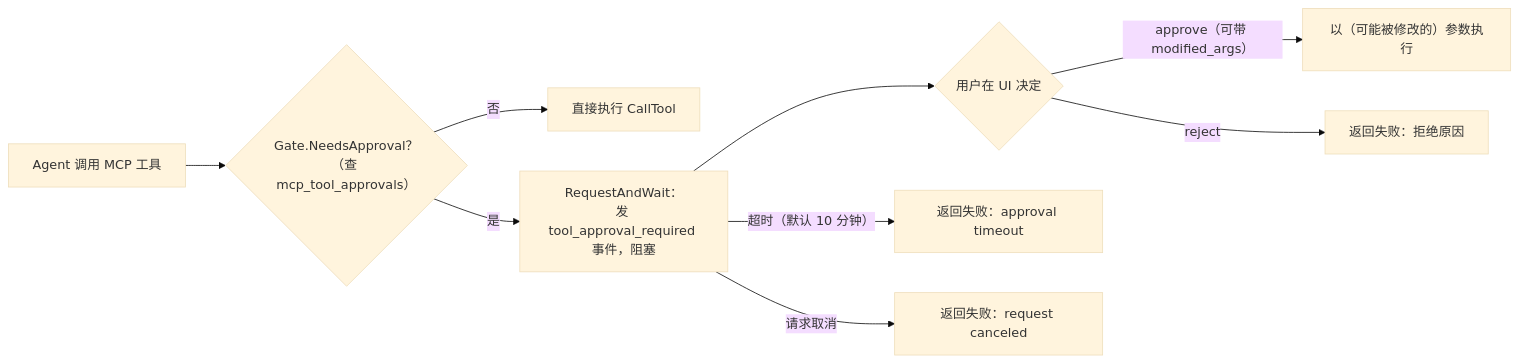
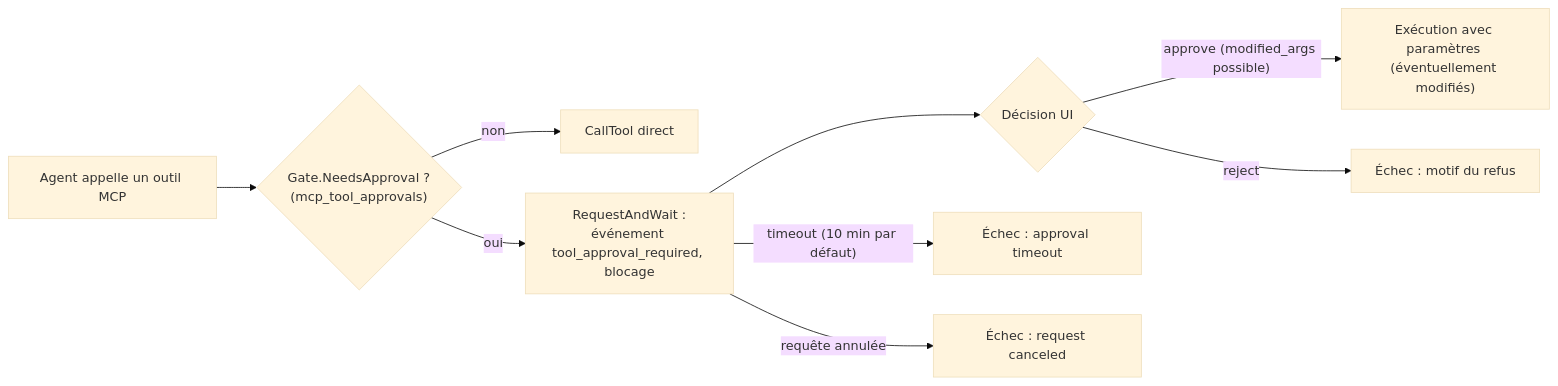
Before and after one commit to samiriggui-code/gsms-template: the third of 4 diagrams in website-docs/03-features/08-mcp.md, drawn with Mermaid (base theme). The commit also changed other lines of this file and 301 other files, not shown here.

````diff
--- a/website-docs/03-features/08-mcp.md
+++ b/website-docs/03-features/08-mcp.md
@@ -398,11 +398,11 @@
 ```mermaid
 flowchart LR
-    A["Agent 调用 MCP 工具"] --> B{"Gate.NeedsApproval？<br/>（查 mcp_tool_approvals）"}
-    B -->|"否"| E["直接执行 CallTool"]
-    B -->|"是"| C["RequestAndWait：<br/>发 tool_approval_required 事件，阻塞"]
-    C --> D{"用户在 UI 决定"}
-    D -->|"approve（可带 modified_args）"| E2["以（可能被修改的）参数执行"]
-    D -->|"reject"| F["返回失败：拒绝原因"]
-    C -->|"超时（默认 10 分钟）"| F2["返回失败：approval timeout"]
-    C -->|"请求取消"| F3["返回失败：request canceled"]
+    A["Agent appelle un outil MCP"] --> B{"Gate.NeedsApproval ?<br/>(mcp_tool_approvals)"}
+    B -->|"non"| E["CallTool direct"]
+    B -->|"oui"| C["RequestAndWait :<br/>événement tool_approval_required, blocage"]
+    C --> D{"Décision UI"}
+    D -->|"approve (modified_args possible)"| E2["Exécution avec paramètres (éventuellement modifiés)"]
+    D -->|"reject"| F["Échec : motif du refus"]
+    C -->|"timeout (10 min par défaut)"| F2["Échec : approval timeout"]
+    C -->|"requête annulée"| F3["Échec : request canceled"]
 ```
````
